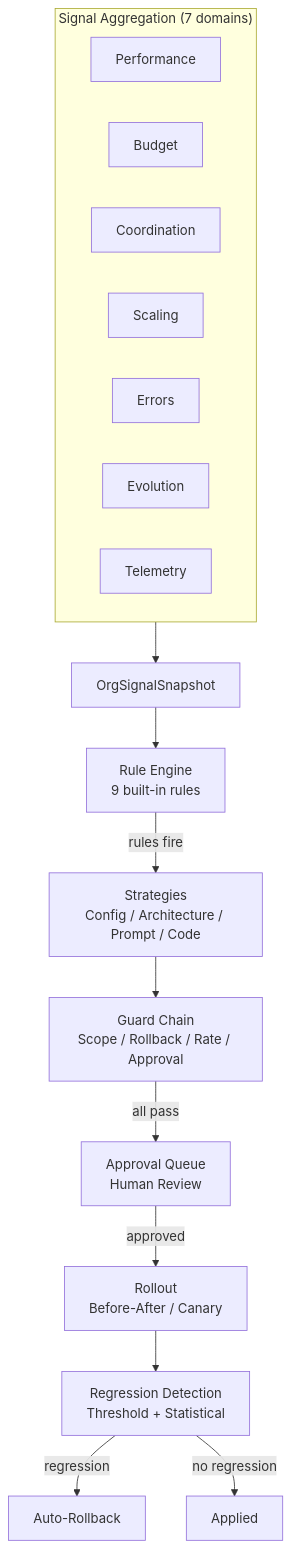
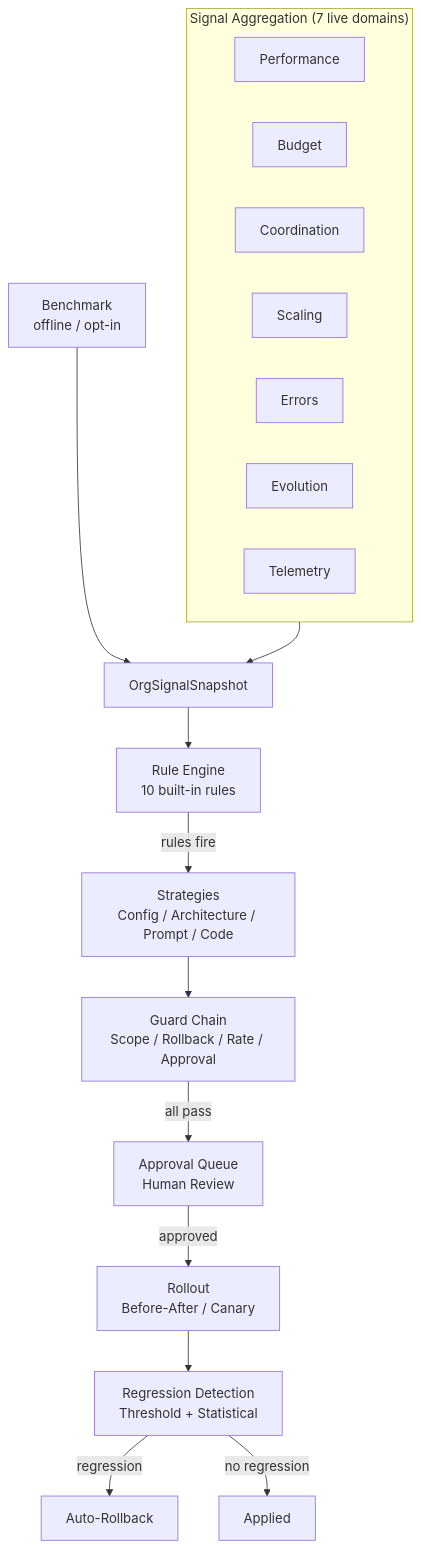
The diagram in docs/design/self-improvement.md (Aureliolo/synthorg), drawn with Mermaid before and after one commit. The commit also changed other lines of this file and 109 other files, not shown here.

````diff
--- a/docs/design/self-improvement.md
+++ b/docs/design/self-improvement.md
@@ -11,22 +11,24 @@
 ```mermaid
 flowchart TD
-    subgraph signals["Signal Aggregation (7 domains)"]
+    subgraph signals["Signal Aggregation (7 live domains)"]
         P[Performance]
         B[Budget]
         C[Coordination]
         S[Scaling]
         E[Errors]
         V[Evolution]
         T[Telemetry]
     end
 
+    Bm["Benchmark<br/>offline / opt-in"]
     signals --> SNAP[OrgSignalSnapshot]
-    SNAP --> RE[Rule Engine<br/>9 built-in rules]
+    Bm --> SNAP
+    SNAP --> RE[Rule Engine<br/>10 built-in rules]
     RE -->|rules fire| STRATEGIES[Strategies<br/>Config / Architecture / Prompt / Code]
     STRATEGIES --> GUARD[Guard Chain<br/>Scope / Rollback / Rate / Approval]
     GUARD -->|all pass| QUEUE[Approval Queue<br/>Human Review]
     QUEUE -->|approved| ROLLOUT[Rollout<br/>Before-After / Canary]
     ROLLOUT --> REGRESS[Regression Detection<br/>Threshold + Statistical]
     REGRESS -->|regression| ROLLBACK[Auto-Rollback]
     REGRESS -->|no regression| APPLIED[Applied]
 ```
````
